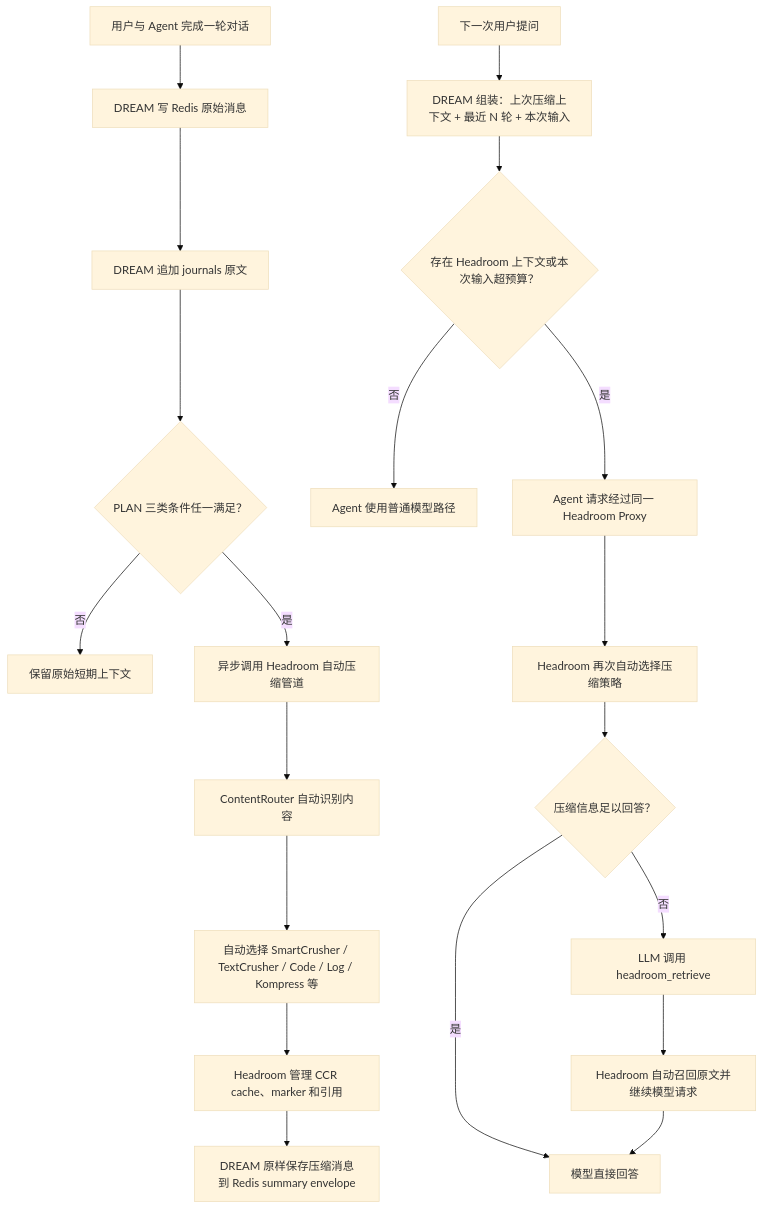
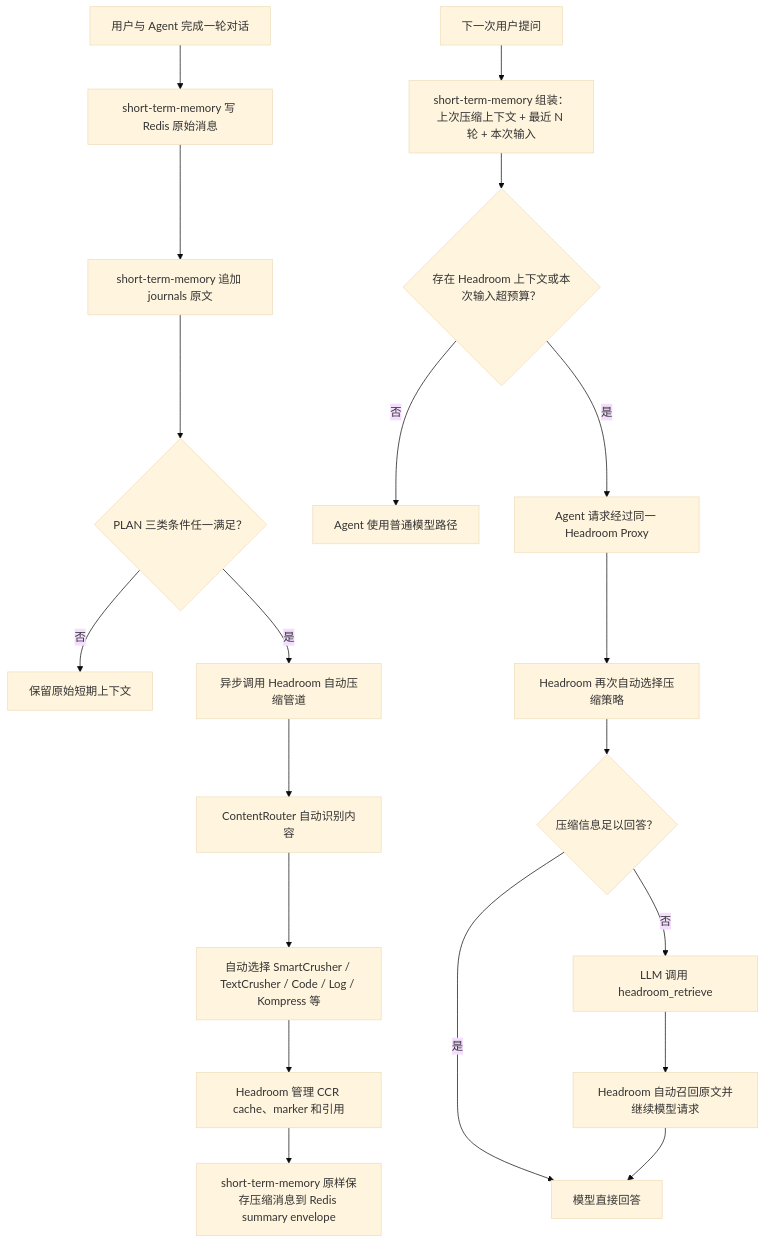
Before and after one commit to ZCDu/AGFS-MEM: the diagram in README.md, drawn with Mermaid (base theme). The commit also changed other lines of this file, not shown here.

Commit message:
docs: update short term memory README

````diff
--- a/README.md
+++ b/README.md
@@ -32,23 +32,23 @@
 ```mermaid
 flowchart TD
-    A["用户与 Agent 完成一轮对话"] --> B["DREAM 写 Redis 原始消息"]
-    B --> C["DREAM 追加 journals 原文"]
+    A["用户与 Agent 完成一轮对话"] --> B["short-term-memory 写 Redis 原始消息"]
+    B --> C["short-term-memory 追加 journals 原文"]
     C --> D{"PLAN 三类条件任一满足？"}
     D -->|否| E["保留原始短期上下文"]
     D -->|是| F["异步调用 Headroom 自动压缩管道"]
     F --> G["ContentRouter 自动识别内容"]
     G --> H["自动选择 SmartCrusher / TextCrusher / Code / Log / Kompress 等"]
     H --> I["Headroom 管理 CCR cache、marker 和引用"]
-    I --> J["DREAM 原样保存压缩消息到 Redis summary envelope"]
+    I --> J["short-term-memory 原样保存压缩消息到 Redis summary envelope"]
 
-    K["下一次用户提问"] --> L["DREAM 组装：上次压缩上下文 + 最近 N 轮 + 本次输入"]
+    K["下一次用户提问"] --> L["short-term-memory 组装：上次压缩上下文 + 最近 N 轮 + 本次输入"]
     L --> M{"存在 Headroom 上下文或本次输入超预算？"}
     M -->|否| N["Agent 使用普通模型路径"]
     M -->|是| O["Agent 请求经过同一 Headroom Proxy"]
     O --> P["Headroom 再次自动选择压缩策略"]
     P --> Q{"压缩信息足以回答？"}
     Q -->|是| R["模型直接回答"]
     Q -->|否| S["LLM 调用 headroom_retrieve"]
     S --> T["Headroom 自动召回原文并继续模型请求"]
     T --> R
 ```
````
